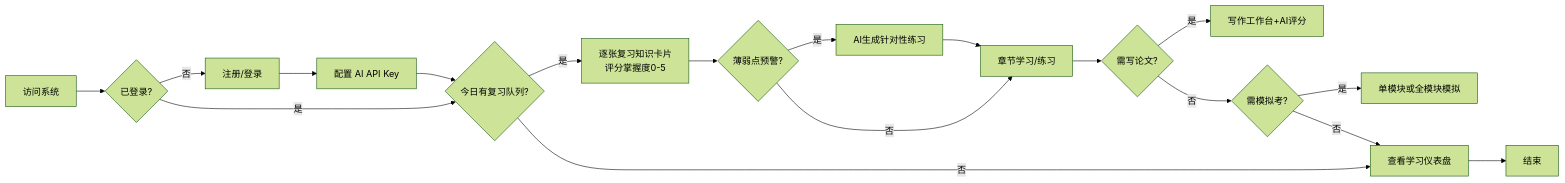
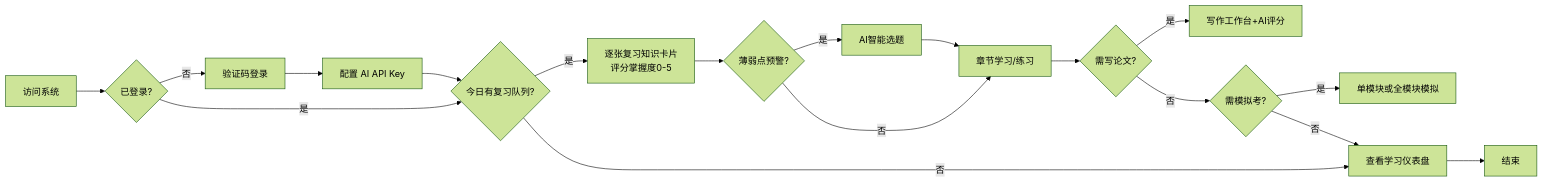
The first of 4 diagrams in docs/prd/2026-07-08-archprep.md (Norman-pong/learn-architect-prep), drawn with Mermaid (forest theme) before and after one commit. The commit also changed other lines of this file and 8 other files, not shown here.

````diff
--- a/docs/prd/2026-07-08-archprep.md
+++ b/docs/prd/2026-07-08-archprep.md
@@ -100,20 +107,20 @@
 ```mermaid
 flowchart LR
     A[访问系统] --> B{已登录?}
-    B -->|否| C[注册/登录]
+    B -->|否| C[验证码登录]
     C --> D[配置 AI API Key]
     B -->|是| E{今日有复习队列?}
     D --> E
     E -->|是| F[逐张复习知识卡片<br/>评分掌握度0-5]
     E -->|否| G[查看学习仪表盘]
     F --> H{薄弱点预警?}
-    H -->|是| I[AI生成针对性练习]
+    H -->|是| I[AI智能选题]
     H -->|否| J[章节学习/练习]
     I --> J
     J --> K{需写论文?}
     K -->|是| L[写作工作台+AI评分]
     K -->|否| M{需模拟考?}
     M -->|是| N[单模块或全模块模拟]
     M -->|否| G
     G --> O[结束]
 ```
````
